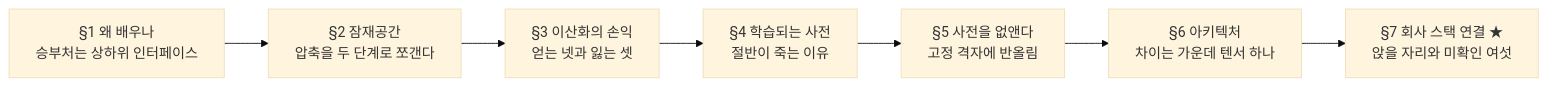
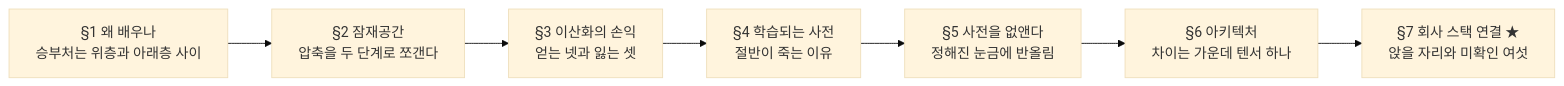
Before and after one commit to sguys99/physical-ai-study: the first of 5 diagrams in course/w1-generative-core/05-latent-discrete-fsq/lesson.md, drawn with Mermaid (base theme). The commit also changed other lines of this file and 12 other files, not shown here.

````diff
--- a/course/w1-generative-core/05-latent-discrete-fsq/lesson.md
+++ b/course/w1-generative-core/05-latent-discrete-fsq/lesson.md
@@ -41,9 +45,9 @@
 ```mermaid
 flowchart LR
-  S1["§1 왜 배우나<br/>승부처는 상하위 인터페이스"] --> S2["§2 잠재공간<br/>압축을 두 단계로 쪼갠다"]
+  S1["§1 왜 배우나<br/>승부처는 위층과 아래층 사이"] --> S2["§2 잠재공간<br/>압축을 두 단계로 쪼갠다"]
   S2 --> S3["§3 이산화의 손익<br/>얻는 넷과 잃는 셋"]
   S3 --> S4["§4 학습되는 사전<br/>절반이 죽는 이유"]
-  S4 --> S5["§5 사전을 없앤다<br/>고정 격자에 반올림"]
+  S4 --> S5["§5 사전을 없앤다<br/>정해진 눈금에 반올림"]
   S5 --> S6["§6 아키텍처<br/>차이는 가운데 텐서 하나"]
   S6 --> S7["§7 회사 스택 연결 ★<br/>앉을 자리와 미확인 여섯"]
 ```
````
